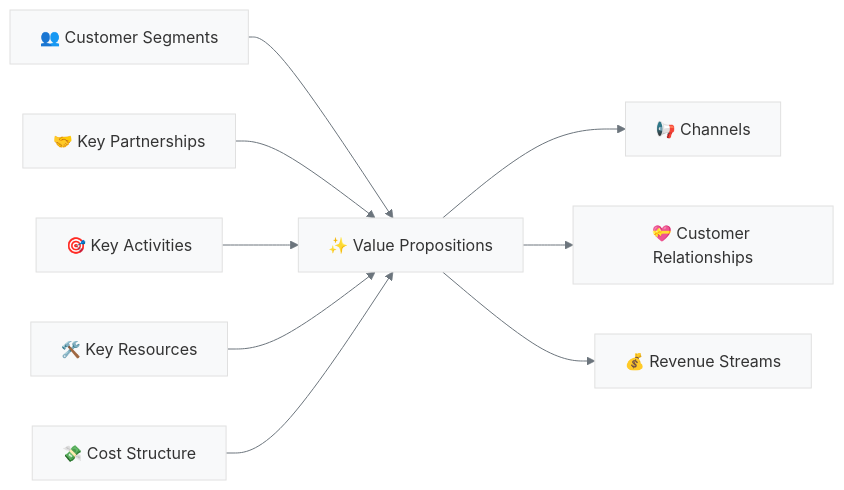
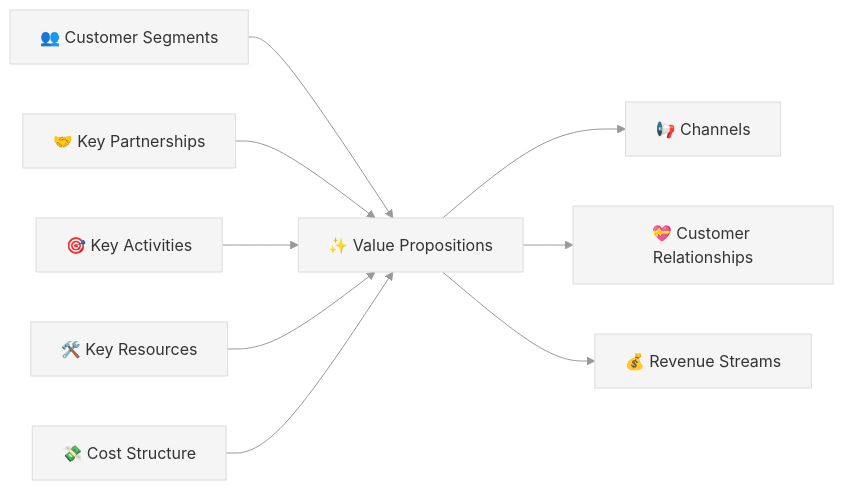
Before and after one commit to MacroMan5/project_a3e_beta: the diagram in README.md, drawn with Mermaid. The commit also changed other lines of this file and 16 other files, not shown here.

````diff
--- a/README.md
+++ b/README.md
@@ -157,12 +158,12 @@
 ```mermaid
-%%{init: {'theme': 'base', 'themeVariables': { 'primaryColor': '#f8f9fa', 'lineColor': '#6c757d'}}}%%
+%%{init: {'theme': 'base', 'themeVariables': { 'primaryColor': '#f5f5f5', 'lineColor': '#999', 'fontFamily': 'Roboto, sans-serif'}}}%%
 graph LR
     A[👥 Customer Segments] --> B[✨ Value Propositions]
     B --> C[📢 Channels]
     B --> D[💝 Customer Relationships]
     B --> E[💰 Revenue Streams]
     F[🤝 Key Partnerships] --> B
     G[🎯 Key Activities] --> B
     H[🛠️ Key Resources] --> B
     I[💸 Cost Structure] --> B
 ```
````
